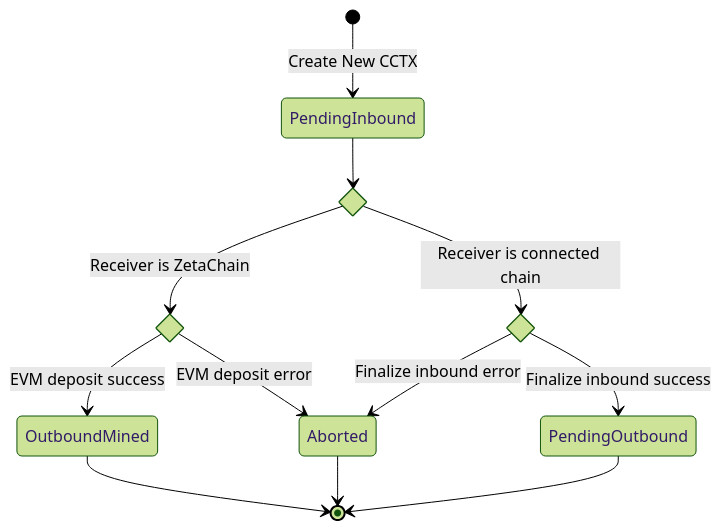
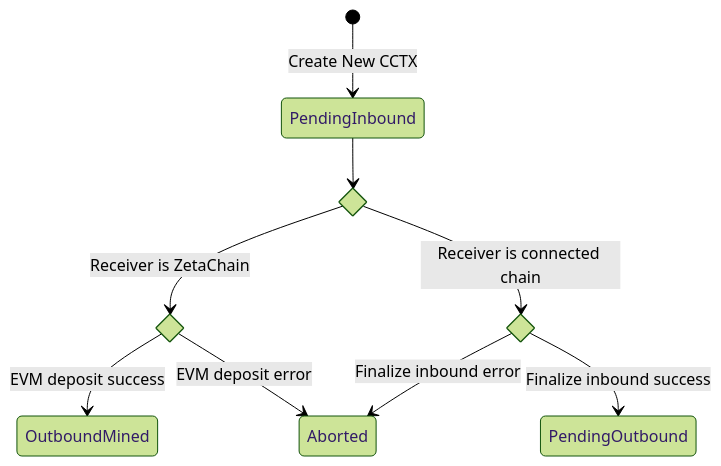
Before and after one commit to zeta-chain/node: the second of 2 diagrams in docs/spec/crosschain/messages.md, drawn with Mermaid (forest theme). The commit also changed other lines of this file, not shown here.

````diff
--- a/docs/spec/crosschain/messages.md
+++ b/docs/spec/crosschain/messages.md
@@ -170,19 +170,16 @@
 ```mermaid
 stateDiagram-v2
 
 	state is_zetachain <<choice>>
 	state evm_deposit_success <<choice>>
 	state finalize_inbound <<choice>>
 	[*] --> PendingInbound: Create New CCTX
 	PendingInbound --> is_zetachain
 	is_zetachain --> evm_deposit_success: Receiver is ZetaChain
 	evm_deposit_success --> OutboundMined: EVM deposit success
 	evm_deposit_success --> Aborted: EVM deposit error
 	is_zetachain --> finalize_inbound: Receiver is connected chain
 	finalize_inbound --> Aborted: Finalize inbound error
 	finalize_inbound --> PendingOutbound: Finalize inbound success
-	Aborted --> [*]
-	PendingOutbound --> [*]
-	OutboundMined --> [*]
 
 ```
````
